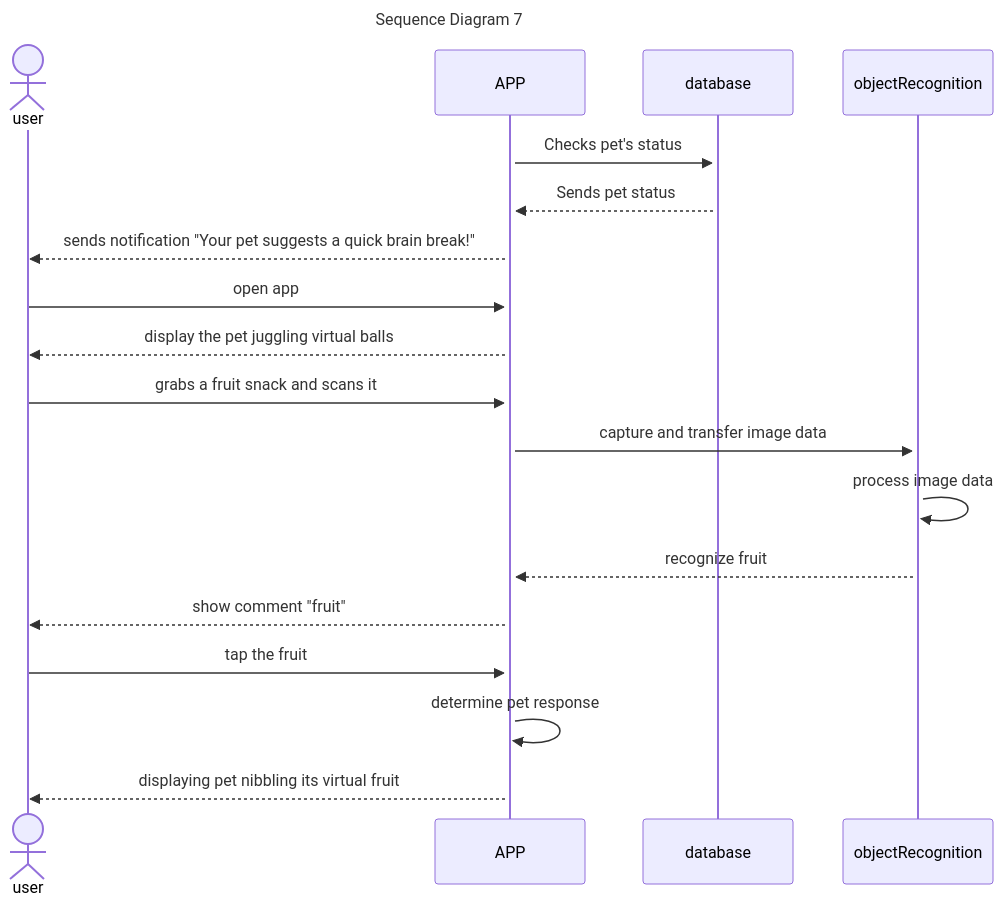
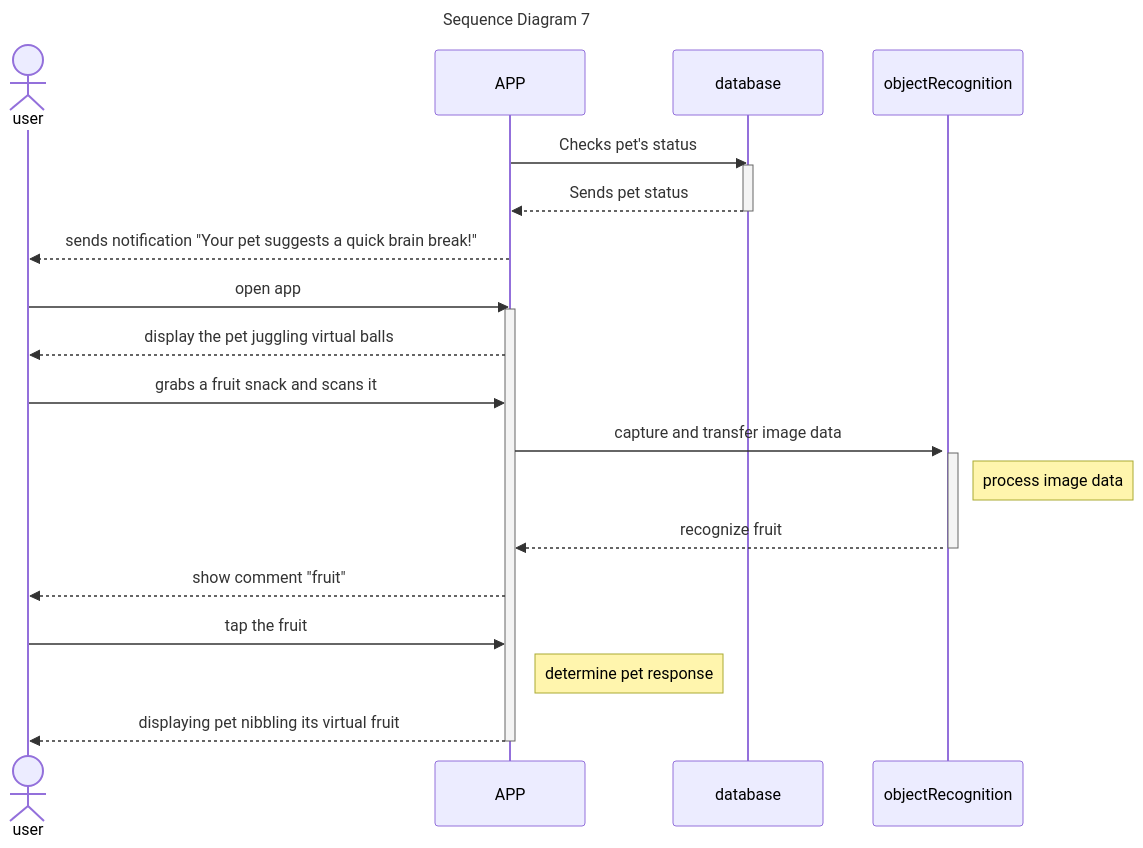
One commit to Capstone-Projects-2023-Fall/project-ar-pet-pals changed the seventh of 8 diagrams in documentation/docs/system-architecture/sequence-diagrams.md. Above: the diagram before and after it, drawn with Mermaid. The commit also changed other lines of this file, not shown here.

Commit message:
edit sequence diagrams

````diff
--- a/documentation/docs/system-architecture/sequence-diagrams.md
+++ b/documentation/docs/system-architecture/sequence-diagrams.md
@@ -258,27 +304,32 @@
 ```mermaid
 
 sequenceDiagram
     title Sequence Diagram 7
 
     actor user
-    activate APP
     activate objectRecognition
-    activate database
 
     APP->>database: Checks pet's status
+    activate database
     database-->>APP: Sends pet status
+    deactivate database
     APP-->>user: sends notification "Your pet suggests a quick brain break!"
 
     user->>APP: open app
+    activate APP
     APP-->>user: display the pet juggling virtual balls
 
     user->>APP: grabs a fruit snack and scans it
     APP->>objectRecognition: capture and transfer image data
-    objectRecognition->>+objectRecognition: process image data
+    activate objectRecognition
+    Note right of objectRecognition: process image data
     objectRecognition-->>APP: recognize fruit
+    deactivate objectRecognition
+
     APP-->>user: show comment "fruit"
 
     user->>APP: tap the fruit
-    APP->>+APP: determine pet response
+    Note right of APP: determine pet response
     APP-->>user: displaying pet nibbling its virtual fruit
+    deactivate APP
 ```
````
